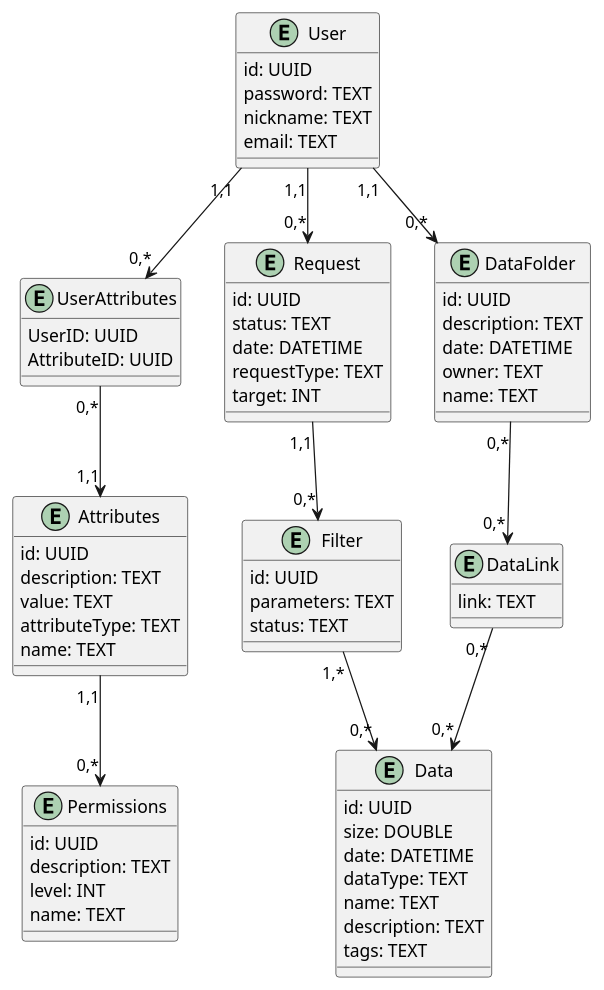
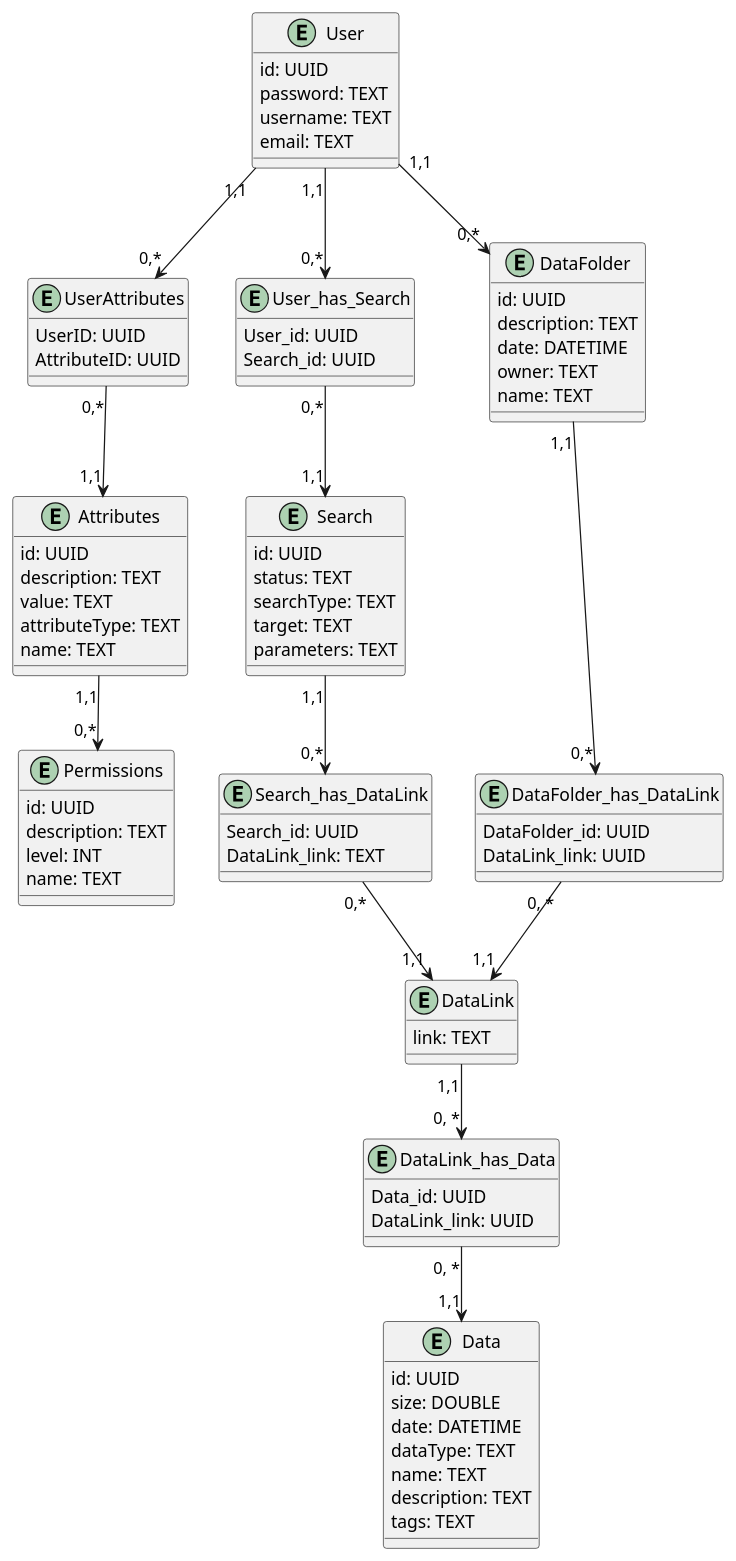
The second of 2 diagrams in docs/design/README.md (edu-db/edu_db_labs), drawn with PlantUML before and after one commit.

Commit message:
refactor: change structure of ER diagram

```diff
--- a/docs/design/README.md
+++ b/docs/design/README.md
@@ -120,7 +120,7 @@
 	entity User  {
 		id: UUID
 		password: TEXT
-		nickname: TEXT
+		username: TEXT
 		email: TEXT
 	}
 
@@ -129,18 +129,22 @@
 		AttributeID: UUID
 	}
 
-	entity Request  {
+	entity Search  {
 		id: UUID
 		status: TEXT
-		date: DATETIME 
-		requestType: TEXT
-		target: INT
+		searchType: TEXT
+		target: TEXT
+		parameters: TEXT
 	}
-
-	entity Filter  {
-		id: UUID
-		parameters: TEXT
-		status: TEXT
+	
+	entity Search_has_DataLink {
+		Search_id: UUID 
+		DataLink_link: TEXT
+	}
+	
+	entity User_has_Search  {
+		User_id: UUID
+		Search_id: UUID
 	}
 
 	entity DataFolder  {
@@ -149,6 +153,12 @@
 		date: DATETIME 
 		owner: TEXT
 		name: TEXT
+	}
+	
+	
+	entity DataFolder_has_DataLink  {
+		DataFolder_id: UUID
+		DataLink_link: UUID
 	}
 
 	entity Data  {
@@ -159,6 +169,11 @@
 		name: TEXT
 		description: TEXT
 		tags: TEXT
+	}
+	
+	entity DataLink_has_Data  {
+		Data_id: UUID
+		DataLink_link: UUID
 	}
 
 	entity Attributes  {
@@ -181,14 +196,17 @@
 	}
 
 User "1,1" --> "0,*" UserAttributes
-User "1,1" --> "0,*" Request
+User "1,1" --> "0,*" User_has_Search
+User_has_Search "0,*" --> "1,1" Search
 User "1,1" --> "0,*" DataFolder
-Request "1,1" --> "0,*" Filter
-Filter "1,*" --> "0,*" Data
+Search "1,1" --> "0,*" Search_has_DataLink
+Search_has_DataLink "0,*" --> "1,1" DataLink
 UserAttributes "0,*" --> "1,1" Attributes
 Attributes "1,1" --> "0,*" Permissions
 
-DataFolder "0,*" --> "0,*" DataLink
-DataLink "0,*" --> "0,*" Data
+DataFolder "1,1" --> "0,*" DataFolder_has_DataLink
+DataFolder_has_DataLink "0, *" --> "1,1" DataLink 
+DataLink "1,1" --> "0, *" DataLink_has_Data
+DataLink_has_Data "0, *" --> "1,1" Data
 
 @enduml
```
